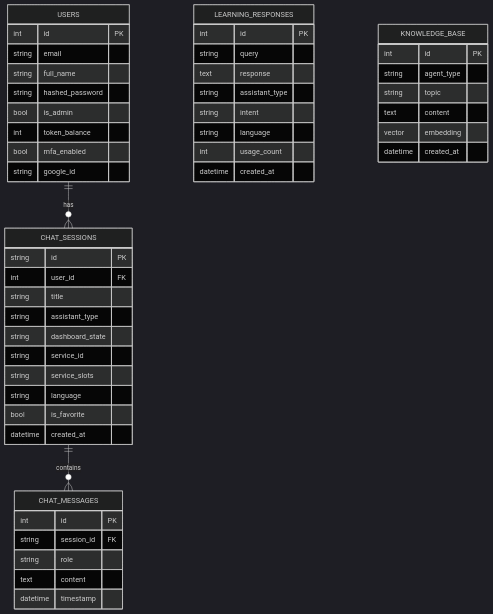
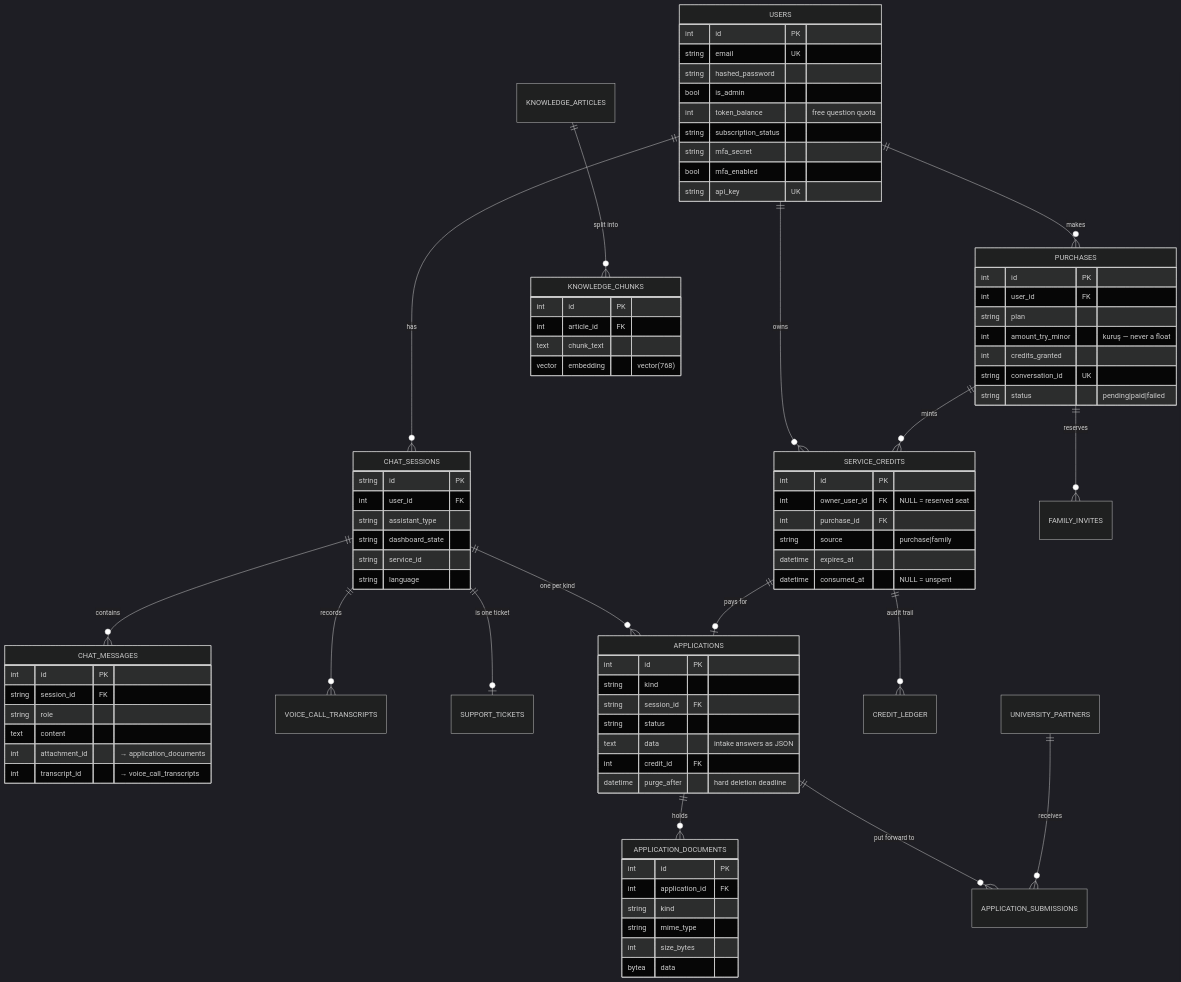
The eighth of 9 diagrams in ARCHITECTURE.md (hamzax180/TurkGateWay), drawn with Mermaid (dark theme) before and after one commit. The commit also changed other lines of this file and 268 other files, not shown here.

````diff
--- a/ARCHITECTURE.md
+++ b/ARCHITECTURE.md
@@ -112,57 +305,86 @@
 ```mermaid
 erDiagram
+    USERS ||--o{ CHAT_SESSIONS : has
+    USERS ||--o{ PURCHASES : makes
+    USERS ||--o{ SERVICE_CREDITS : owns
+    CHAT_SESSIONS ||--o{ CHAT_MESSAGES : contains
+    CHAT_SESSIONS ||--o{ VOICE_CALL_TRANSCRIPTS : records
+    CHAT_SESSIONS ||--o| SUPPORT_TICKETS : "is one ticket"
+    CHAT_SESSIONS ||--o{ APPLICATIONS : "one per kind"
+    PURCHASES ||--o{ SERVICE_CREDITS : mints
+    PURCHASES ||--o{ FAMILY_INVITES : reserves
+    SERVICE_CREDITS ||--o{ CREDIT_LEDGER : "audit trail"
+    SERVICE_CREDITS ||--o| APPLICATIONS : "pays for"
+    APPLICATIONS ||--o{ APPLICATION_DOCUMENTS : holds
+    APPLICATIONS ||--o{ APPLICATION_SUBMISSIONS : "put forward to"
+    UNIVERSITY_PARTNERS ||--o{ APPLICATION_SUBMISSIONS : receives
+    KNOWLEDGE_ARTICLES ||--o{ KNOWLEDGE_CHUNKS : "split into"
+
     USERS {
         int id PK
-        string email
-        string full_name
+        string email UK
         string hashed_password
         bool is_admin
-        int token_balance
+        int token_balance "free question quota"
+        string subscription_status
+        string mfa_secret
         bool mfa_enabled
-        string google_id
+        string api_key UK
     }
-
     CHAT_SESSIONS {
         string id PK
         int user_id FK
-        string title
         string assistant_type
         string dashboard_state
         string service_id
-        string service_slots
         string language
-        bool is_favorite
-        datetime created_at
     }
-
     CHAT_MESSAGES {
         int id PK
         string session_id FK
         string role
         text content
-        datetime timestamp
+        int attachment_id "→ application_documents"
+        int transcript_id "→ voice_call_transcripts"
     }
-
-    LEARNING_RESPONSES {
+    PURCHASES {
         int id PK
-        string query
-        text response
-        string assistant_type
-        string intent
-        string language
-        int usage_count
-        datetime created_at
+        int user_id FK
+        string plan
+        int amount_try_minor "kuruş — never a float"
+        int credits_granted
+        string conversation_id UK
+        string status "pending|paid|failed"
     }
-
-    KNOWLEDGE_BASE {
+    SERVICE_CREDITS {
         int id PK
-        string agent_type
-        string topic
-        text content
-        vector embedding
-        datetime created_at
+        int owner_user_id FK "NULL = reserved seat"
+        int purchase_id FK
+        string source "purchase|family"
+        datetime expires_at
+        datetime consumed_at "NULL = unspent"
     }
-
-    USERS ||--o{ CHAT_SESSIONS : "has"
-    CHAT_SESSIONS ||--o{ CHAT_MESSAGES : "contains"
+    APPLICATIONS {
+        int id PK
+        string kind
+        string session_id FK
+        string status
+        text data "intake answers as JSON"
+        int credit_id FK
+        datetime purge_after "hard deletion deadline"
+    }
+    APPLICATION_DOCUMENTS {
+        int id PK
+        int application_id FK
+        string kind
+        string mime_type
+        int size_bytes
+        bytea data
+    }
+    KNOWLEDGE_CHUNKS {
+        int id PK
+        int article_id FK
+        text chunk_text
+        vector embedding "vector(768)"
+    }
 ```
````
